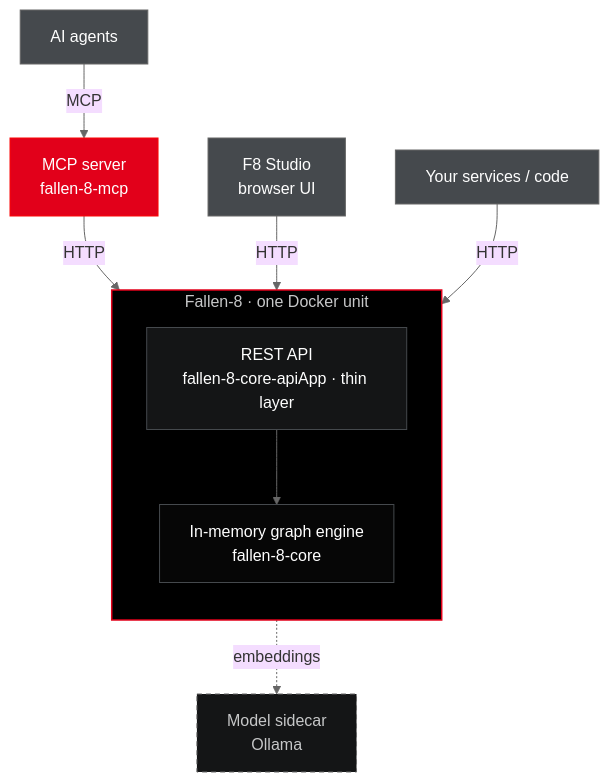
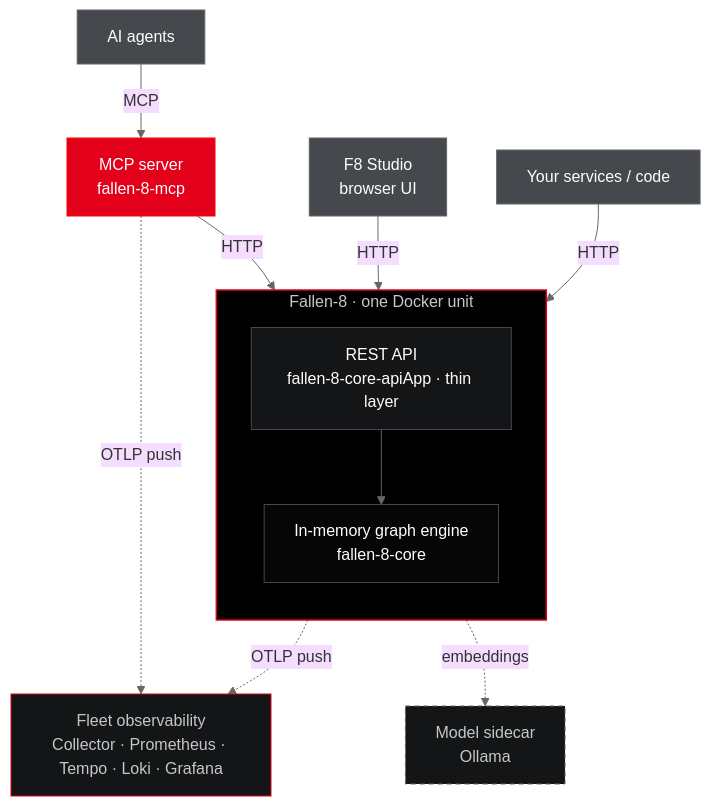
One commit to cosh/fallen-8-core changed the diagram in README.md. Above: the diagram before and after it, drawn with Mermaid. The commit also changed other lines of this file and 37 other files, not shown here.

````diff
--- a/README.md
+++ b/README.md
@@ -72,31 +75,35 @@
 ```mermaid
 %%{init: {'theme':'base','themeVariables':{'fontFamily':'ui-monospace, SFMono-Regular, Menlo, Consolas, monospace','lineColor':'#666666'}}}%%
 flowchart TB
     agents["AI agents"]:::client
     studio["F8 Studio<br/>browser UI"]:::client
     services["Your services / code"]:::client
 
     mcp["MCP server<br/>fallen-8-mcp"]:::mcp
 
     subgraph unit["Fallen-8 · one Docker unit"]
         direction TB
         rest["REST API<br/>fallen-8-core-apiApp · thin layer"]:::api
         engine["In-memory graph engine<br/>fallen-8-core"]:::engine
         rest --> engine
     end
 
     sidecar["Model sidecar<br/>Ollama"]:::ext
+    obs["Fleet observability<br/>Collector · Prometheus · Tempo · Loki · Grafana"]:::obs
 
     agents -->|MCP| mcp
     mcp -->|HTTP| rest
     studio -->|HTTP| rest
     services -->|HTTP| rest
     rest -.->|embeddings| sidecar
+    rest -.->|OTLP push| obs
+    mcp -.->|OTLP push| obs
 
     classDef client fill:#45494D,stroke:#666666,color:#FEFEFE
     classDef mcp fill:#E2001A,stroke:#FC0606,color:#FEFEFE
     classDef api fill:#141516,stroke:#45494D,color:#FEFEFE
     classDef engine fill:#060606,stroke:#45494D,color:#FEFEFE
     classDef ext fill:#141516,stroke:#666666,color:#C6C7C8,stroke-dasharray:5 4
+    classDef obs fill:#141516,stroke:#E2001A,color:#C6C7C8
     style unit fill:#000000,stroke:#E2001A,stroke-width:1.5px,color:#C6C7C8
 ```
````
